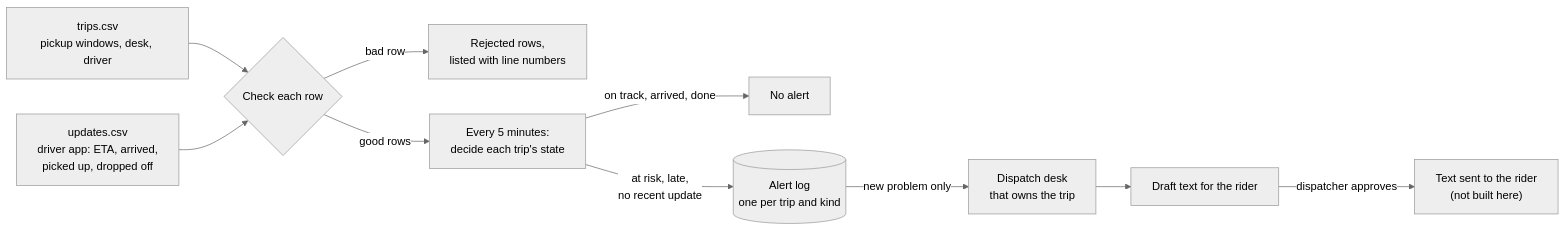
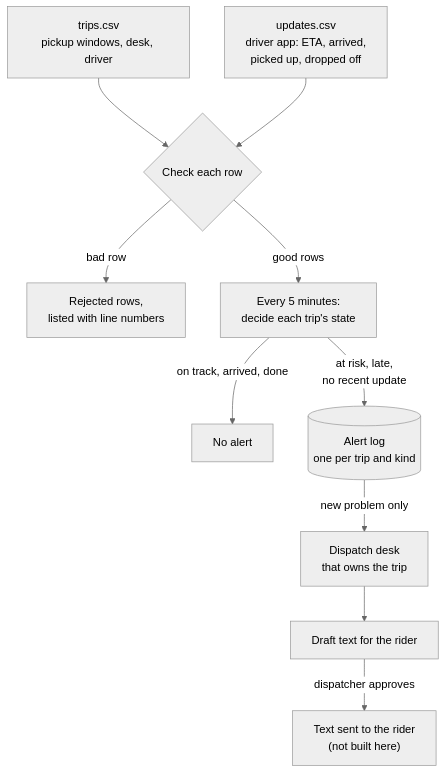
The first of 3 diagrams in README.md (DerpyNewb/late-trip-monitor), drawn with Mermaid (neutral theme) before and after one commit. The commit also changed other lines of this file, not shown here.

Commit message:
Make the README diagrams fit the page width

````diff
--- a/README.md
+++ b/README.md
@@ -33,12 +33,12 @@
 ```mermaid
-flowchart LR
+flowchart TD
     T["trips.csv<br/>pickup windows, desk, driver"] --> V{"Check each row"}
     U["updates.csv<br/>driver app: ETA, arrived,<br/>picked up, dropped off"] --> V
     V -- "bad row" --> R["Rejected rows,<br/>listed with line numbers"]
     V -- "good rows" --> S["Every 5 minutes:<br/>decide each trip's state"]
     S -- "on track, arrived, done" --> N["No alert"]
     S -- "at risk, late,<br/>no recent update" --> L[("Alert log<br/>one per trip and kind")]
     L -- "new problem only" --> D["Dispatch desk<br/>that owns the trip"]
     D --> X["Draft text for the rider"]
     X -- "dispatcher approves" --> Y["Text sent to the rider<br/>(not built here)"]
 ```
````
